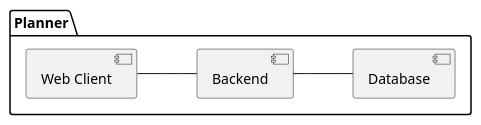
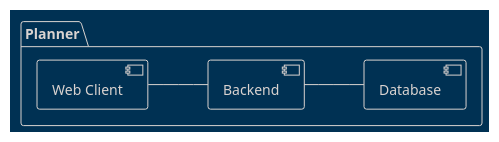
Before and after one commit to Toby-Rea/planner: the diagram in docs/Components.puml, drawn with PlantUML. The commit also changed 4 other files, not shown here.

```diff
--- a/docs/Components.puml
+++ b/docs/Components.puml
@@ -1,13 +1,14 @@
 @startuml Component Diagram
+!theme blueprint
 left to right direction
 
 package Planner {
     [Web Client] as wc
     [Backend] as b
     [Database] as db
 }
 
 wc -- b
 b -- db
 
 @enduml
```
